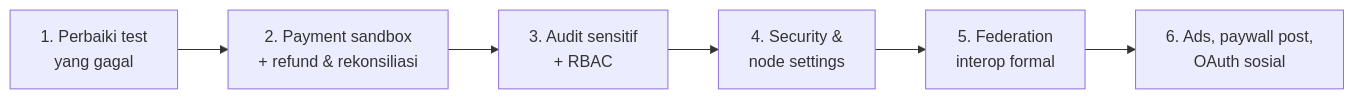
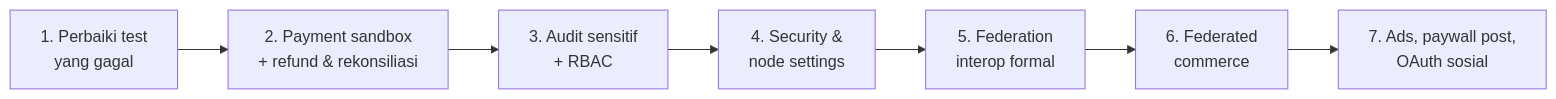
One commit to kukuhtw/fpdp changed the second of 2 diagrams in documentation/PROGRESS-REPORT.id.md. Above: the diagram before and after it, drawn with Mermaid. The commit also changed other lines of this file and 5 other files, not shown here.

Commit message:
docs: update progress report and roadmap to reflect changes for Phase 7 - Federated Commerce

````diff
--- a/documentation/PROGRESS-REPORT.id.md
+++ b/documentation/PROGRESS-REPORT.id.md
@@ -206,8 +207,9 @@
 ```mermaid
 flowchart LR
     A["1. Perbaiki test<br/>yang gagal"] --> B["2. Payment sandbox<br/>+ refund & rekonsiliasi"]
     B --> C["3. Audit sensitif<br/>+ RBAC"]
     C --> D["4. Security &<br/>node settings"]
     D --> E["5. Federation<br/>interop formal"]
-    E --> F["6. Ads, paywall post,<br/>OAuth sosial"]
+    E --> G["6. Federated<br/>commerce"]
+    G --> F["7. Ads, paywall post,<br/>OAuth sosial"]
 ```
````
